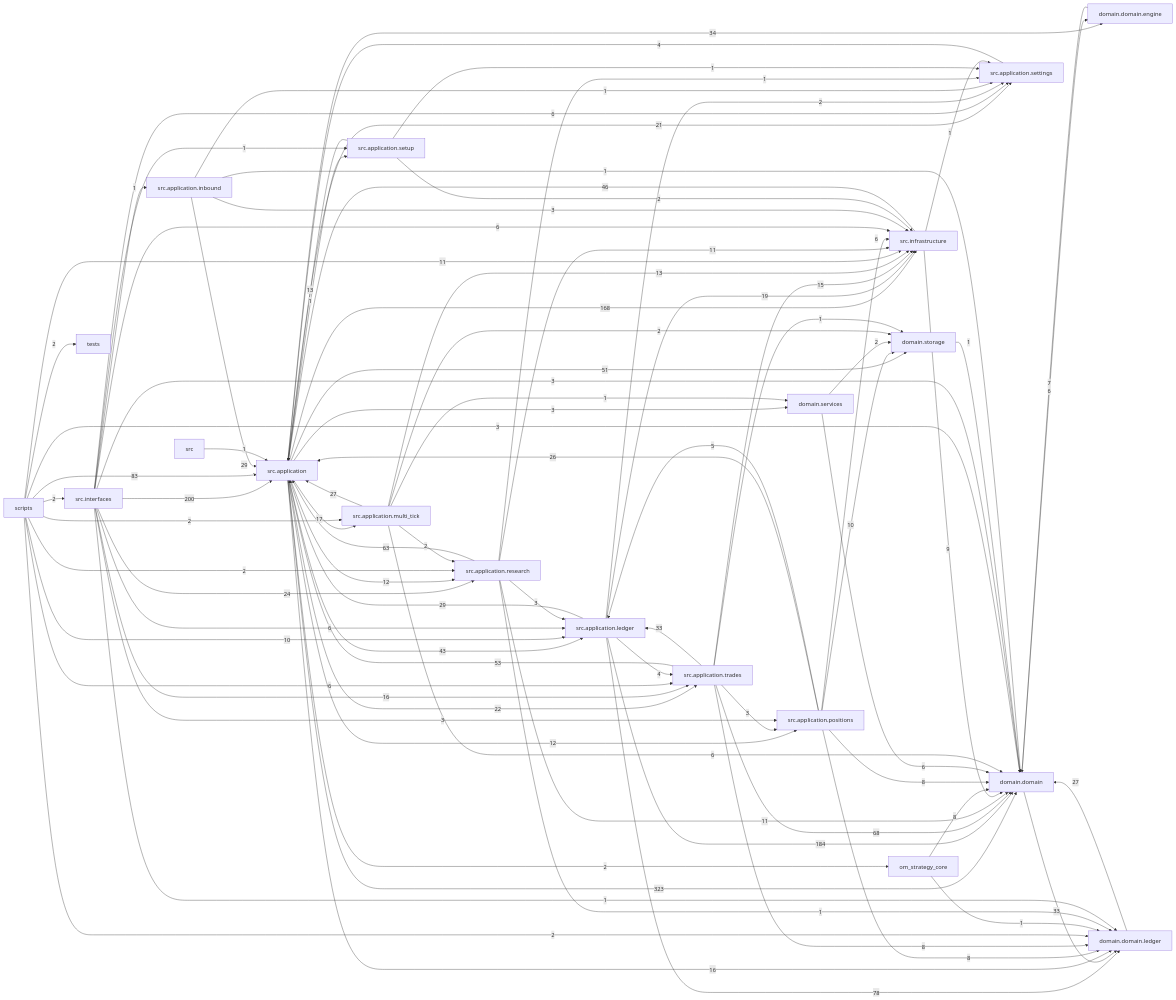
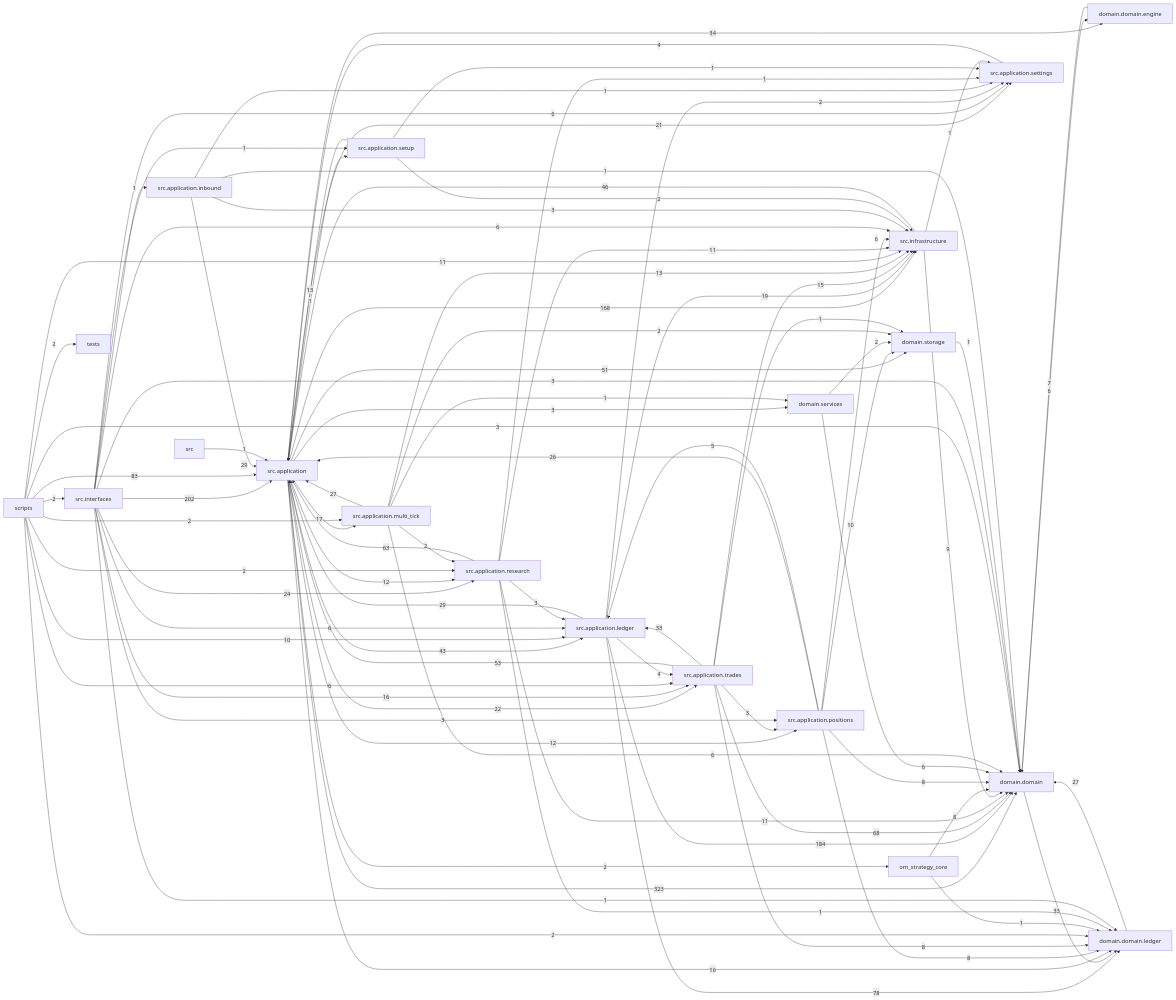
The diagram in docs/dependency_graph.mmd (liuxie066/options-monitor), drawn with Mermaid before and after one commit. The commit also changed 6 other files, not shown here.

```diff
--- a/docs/dependency_graph.mmd
+++ b/docs/dependency_graph.mmd
@@ -1,88 +1,88 @@
 flowchart LR
   src_application["src.application"] -->|323| domain_domain["domain.domain"]
-  src_interfaces["src.interfaces"] -->|200| src_application["src.application"]
+  src_interfaces["src.interfaces"] -->|202| src_application["src.application"]
   src_application_ledger["src.application.ledger"] -->|184| domain_domain["domain.domain"]
   src_application["src.application"] -->|168| src_infrastructure["src.infrastructure"]
   scripts["scripts"] -->|83| src_application["src.application"]
   src_application_ledger["src.application.ledger"] -->|78| domain_domain_ledger["domain.domain.ledger"]
   src_application_trades["src.application.trades"] -->|68| domain_domain["domain.domain"]
   src_application_research["src.application.research"] -->|63| src_application["src.application"]
   src_application_trades["src.application.trades"] -->|53| src_application["src.application"]
   src_application["src.application"] -->|51| domain_storage["domain.storage"]
   src_infrastructure["src.infrastructure"] -->|46| src_application["src.application"]
   src_application["src.application"] -->|43| src_application_ledger["src.application.ledger"]
   src_application["src.application"] -->|34| domain_domain_engine["domain.domain.engine"]
   domain_domain["domain.domain"] -->|33| domain_domain_ledger["domain.domain.ledger"]
   src_application_trades["src.application.trades"] -->|33| src_application_ledger["src.application.ledger"]
   src_application_inbound["src.application.inbound"] -->|29| src_application["src.application"]
   src_application_ledger["src.application.ledger"] -->|29| src_application["src.application"]
   domain_domain_ledger["domain.domain.ledger"] -->|27| domain_domain["domain.domain"]
   src_application_multi_tick["src.application.multi_tick"] -->|27| src_application["src.application"]
   src_application_positions["src.application.positions"] -->|26| src_application["src.application"]
   src_interfaces["src.interfaces"] -->|24| src_application_research["src.application.research"]
   src_application["src.application"] -->|22| src_application_trades["src.application.trades"]
   src_application["src.application"] -->|21| src_application_settings["src.application.settings"]
   src_application_ledger["src.application.ledger"] -->|19| src_infrastructure["src.infrastructure"]
   src_application["src.application"] -->|17| src_application_multi_tick["src.application.multi_tick"]
   src_application["src.application"] -->|16| domain_domain_ledger["domain.domain.ledger"]
   src_interfaces["src.interfaces"] -->|16| src_application_trades["src.application.trades"]
   src_application_trades["src.application.trades"] -->|15| src_infrastructure["src.infrastructure"]
   src_application_multi_tick["src.application.multi_tick"] -->|13| src_infrastructure["src.infrastructure"]
   src_application_setup["src.application.setup"] -->|13| src_application["src.application"]
   src_application["src.application"] -->|12| src_application_positions["src.application.positions"]
   src_application["src.application"] -->|12| src_application_research["src.application.research"]
   scripts["scripts"] -->|11| src_infrastructure["src.infrastructure"]
   src_application_research["src.application.research"] -->|11| domain_domain["domain.domain"]
   src_application_research["src.application.research"] -->|11| src_infrastructure["src.infrastructure"]
   scripts["scripts"] -->|10| src_application_ledger["src.application.ledger"]
   src_application_positions["src.application.positions"] -->|10| domain_storage["domain.storage"]
   src_infrastructure["src.infrastructure"] -->|9| domain_domain["domain.domain"]
   om_strategy_core["om_strategy_core"] -->|8| domain_domain["domain.domain"]
   src_application_positions["src.application.positions"] -->|8| domain_domain["domain.domain"]
   src_application_positions["src.application.positions"] -->|8| domain_domain_ledger["domain.domain.ledger"]
   src_application_trades["src.application.trades"] -->|8| domain_domain_ledger["domain.domain.ledger"]
   domain_domain_engine["domain.domain.engine"] -->|7| domain_domain["domain.domain"]
   domain_domain["domain.domain"] -->|6| domain_domain_engine["domain.domain.engine"]
   domain_services["domain.services"] -->|6| domain_domain["domain.domain"]
   scripts["scripts"] -->|6| src_application_trades["src.application.trades"]
   src_application_multi_tick["src.application.multi_tick"] -->|6| domain_domain["domain.domain"]
   src_application_positions["src.application.positions"] -->|6| src_infrastructure["src.infrastructure"]
   src_interfaces["src.interfaces"] -->|6| src_application_ledger["src.application.ledger"]
   src_interfaces["src.interfaces"] -->|6| src_application_settings["src.application.settings"]
   src_interfaces["src.interfaces"] -->|6| src_infrastructure["src.infrastructure"]
   src_application_positions["src.application.positions"] -->|5| src_application_ledger["src.application.ledger"]
   src_application_ledger["src.application.ledger"] -->|4| src_application_trades["src.application.trades"]
   src_application_settings["src.application.settings"] -->|4| src_application["src.application"]
   scripts["scripts"] -->|3| domain_domain["domain.domain"]
   src_application["src.application"] -->|3| domain_services["domain.services"]
   src_application_inbound["src.application.inbound"] -->|3| src_infrastructure["src.infrastructure"]
   src_application_research["src.application.research"] -->|3| src_application_ledger["src.application.ledger"]
   src_application_trades["src.application.trades"] -->|3| src_application_positions["src.application.positions"]
   src_interfaces["src.interfaces"] -->|3| domain_domain["domain.domain"]
   src_interfaces["src.interfaces"] -->|3| src_application_positions["src.application.positions"]
   domain_services["domain.services"] -->|2| domain_storage["domain.storage"]
   scripts["scripts"] -->|2| domain_domain_ledger["domain.domain.ledger"]
   scripts["scripts"] -->|2| src_application_multi_tick["src.application.multi_tick"]
   scripts["scripts"] -->|2| src_application_research["src.application.research"]
   scripts["scripts"] -->|2| src_interfaces["src.interfaces"]
   scripts["scripts"] -->|2| tests["tests"]
   src_application["src.application"] -->|2| om_strategy_core["om_strategy_core"]
   src_application_ledger["src.application.ledger"] -->|2| src_application_settings["src.application.settings"]
   src_application_multi_tick["src.application.multi_tick"] -->|2| domain_storage["domain.storage"]
   src_application_multi_tick["src.application.multi_tick"] -->|2| src_application_research["src.application.research"]
   src_application_setup["src.application.setup"] -->|2| src_infrastructure["src.infrastructure"]
   domain_storage["domain.storage"] -->|1| domain_domain["domain.domain"]
   om_strategy_core["om_strategy_core"] -->|1| domain_domain_ledger["domain.domain.ledger"]
   src["src"] -->|1| src_application["src.application"]
   src_application["src.application"] -->|1| src_application_setup["src.application.setup"]
   src_application_inbound["src.application.inbound"] -->|1| domain_domain["domain.domain"]
   src_application_inbound["src.application.inbound"] -->|1| src_application_settings["src.application.settings"]
   src_application_multi_tick["src.application.multi_tick"] -->|1| domain_services["domain.services"]
   src_application_research["src.application.research"] -->|1| domain_domain_ledger["domain.domain.ledger"]
   src_application_research["src.application.research"] -->|1| src_application_settings["src.application.settings"]
   src_application_setup["src.application.setup"] -->|1| src_application_settings["src.application.settings"]
   src_application_trades["src.application.trades"] -->|1| domain_storage["domain.storage"]
   src_infrastructure["src.infrastructure"] -->|1| src_application_settings["src.application.settings"]
   src_interfaces["src.interfaces"] -->|1| domain_domain_ledger["domain.domain.ledger"]
   src_interfaces["src.interfaces"] -->|1| src_application_inbound["src.application.inbound"]
   src_interfaces["src.interfaces"] -->|1| src_application_setup["src.application.setup"]
```
